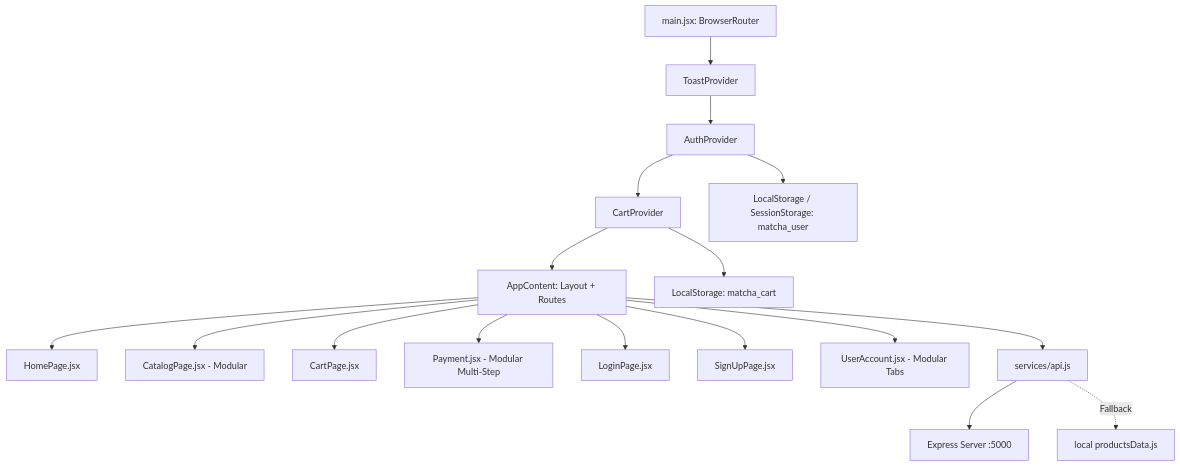
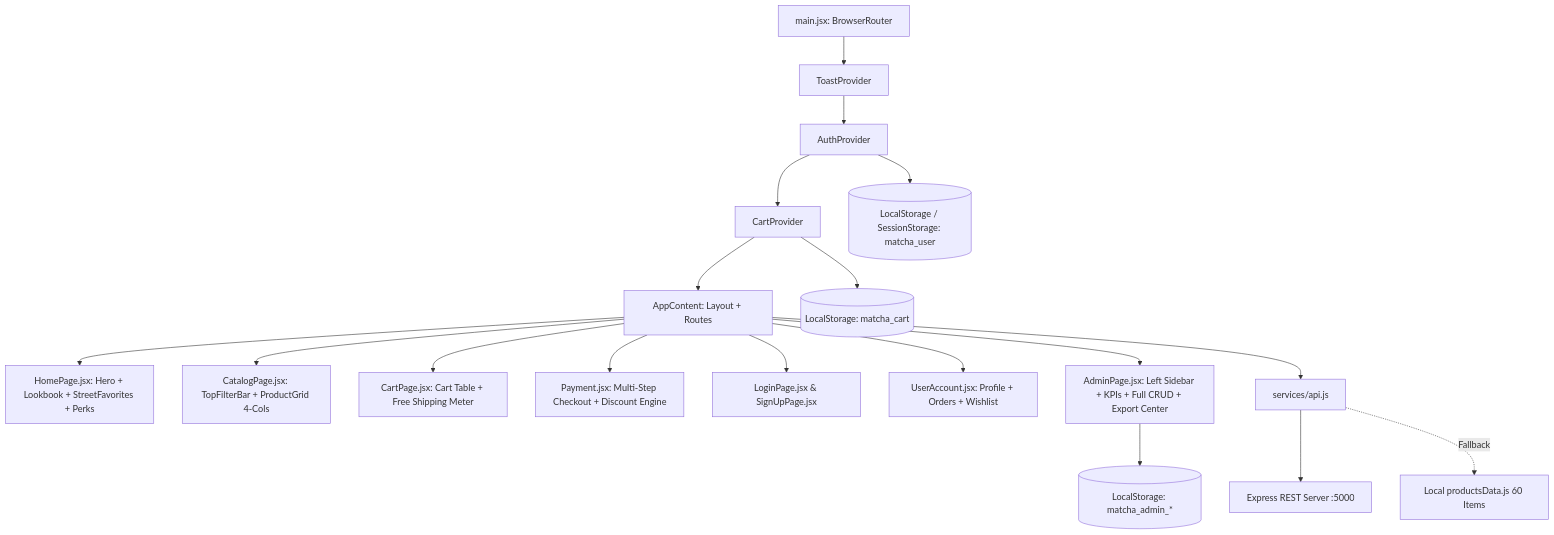
One commit to Jakkapon-Dev/MATCHA changed the diagram in Alldata.md. Above: the diagram before and after it, drawn with Mermaid. The commit also changed other lines of this file, not shown here.

Commit message:
docs: update Alldata.md with complete architecture, Admin Dashboard, TopFilterBar, and data models

````diff
--- a/Alldata.md
+++ b/Alldata.md
@@ -25,21 +27,22 @@
 ```mermaid
 graph TD
     A[main.jsx: BrowserRouter] --> B[ToastProvider]
     B --> C[AuthProvider]
     C --> D[CartProvider]
     D --> E[AppContent: Layout + Routes]
     
-    E --> F1[HomePage.jsx]
-    E --> F2[CatalogPage.jsx - Modular]
-    E --> F3[CartPage.jsx]
-    E --> F4[Payment.jsx - Modular Multi-Step]
-    E --> F5[LoginPage.jsx]
-    E --> F6[SignUpPage.jsx]
-    E --> F7[UserAccount.jsx - Modular Tabs]
+    E --> F1[HomePage.jsx: Hero + Lookbook + StreetFavorites + Perks]
+    E --> F2[CatalogPage.jsx: TopFilterBar + ProductGrid 4-Cols]
+    E --> F3[CartPage.jsx: Cart Table + Free Shipping Meter]
+    E --> F4[Payment.jsx: Multi-Step Checkout + Discount Engine]
+    E --> F5[LoginPage.jsx & SignUpPage.jsx]
+    E --> F6[UserAccount.jsx: Profile + Orders + Wishlist]
+    E --> F7[AdminPage.jsx: Left Sidebar + KPIs + Full CRUD + Export Center]
     
-    D --> G[LocalStorage: matcha_cart]
-    C --> H[LocalStorage / SessionStorage: matcha_user]
-    E --> I[services/api.js]
-    I --> J[Express Server :5000]
-    I -.Fallback.-> K[local productsData.js]
+    D --> G[(LocalStorage: matcha_cart)]
+    C --> H[(LocalStorage / SessionStorage: matcha_user)]
+    F7 --> I[(LocalStorage: matcha_admin_*)]
+    E --> J[services/api.js]
+    J --> K[Express REST Server :5000]
+    J -.Fallback.-> L[Local productsData.js 60 Items]
 ```
````
